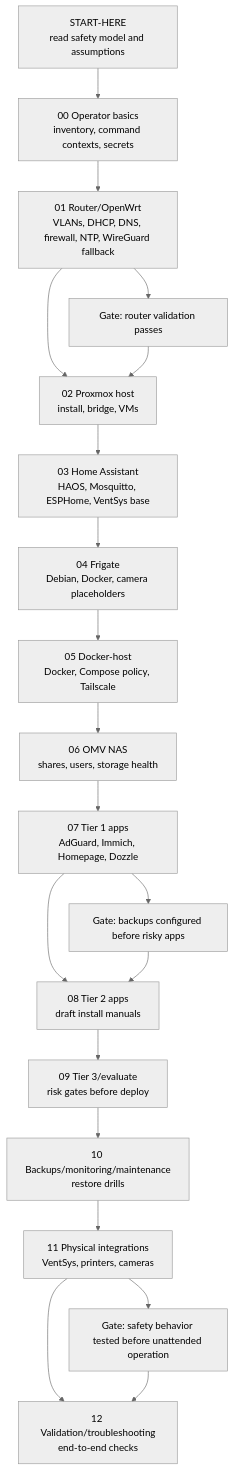
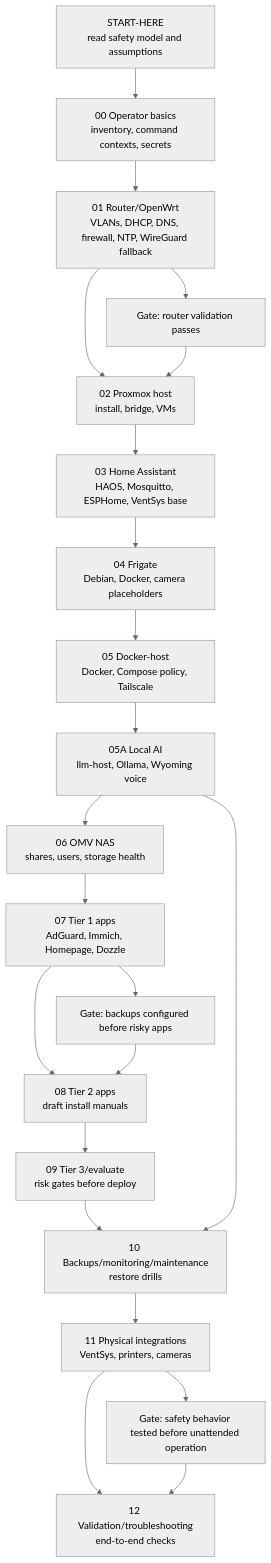
Before and after one commit to Nysplaidame/home-automation-project: the diagram in main/docs/diagrams/install/install-sequence.mermaid, drawn with Mermaid (neutral theme). The commit also changed 36 other files, not shown here.

Commit message:
docs(local-ai): add llm-host plan

```diff
--- a/main/docs/diagrams/install/install-sequence.mermaid
+++ b/main/docs/diagrams/install/install-sequence.mermaid
@@ -1,28 +1,30 @@
 flowchart TB
     Start["START-HERE<br/>read safety model and assumptions"]
     P00["00 Operator basics<br/>inventory, command contexts, secrets"]
     P01["01 Router/OpenWrt<br/>VLANs, DHCP, DNS, firewall, NTP, WireGuard fallback"]
     P02["02 Proxmox host<br/>install, bridge, VMs"]
     P03["03 Home Assistant<br/>HAOS, Mosquitto, ESPHome, VentSys base"]
     P04["04 Frigate<br/>Debian, Docker, camera placeholders"]
     P05["05 Docker-host<br/>Docker, Compose policy, Tailscale"]
+    P05A["05A Local AI<br/>llm-host, Ollama, Wyoming voice"]
     P06["06 OMV NAS<br/>shares, users, storage health"]
     P07["07 Tier 1 apps<br/>AdGuard, Immich, Homepage, Dozzle"]
     P08["08 Tier 2 apps<br/>draft install manuals"]
     P09["09 Tier 3/evaluate<br/>risk gates before deploy"]
     P10["10 Backups/monitoring/maintenance<br/>restore drills"]
     P11["11 Physical integrations<br/>VentSys, printers, cameras"]
     P12["12 Validation/troubleshooting<br/>end-to-end checks"]
 
-    Start --> P00 --> P01 --> P02 --> P03 --> P04 --> P05 --> P06 --> P07 --> P08 --> P09 --> P10 --> P11 --> P12
+    Start --> P00 --> P01 --> P02 --> P03 --> P04 --> P05 --> P05A --> P06 --> P07 --> P08 --> P09 --> P10 --> P11 --> P12
 
     Gate1["Gate: router validation passes"]
     Gate2["Gate: backups configured before risky apps"]
     Gate3["Gate: safety behavior tested before unattended operation"]
 
     P01 --> Gate1
     Gate1 --> P02
+    P05A --> P10
     P07 --> Gate2
     Gate2 --> P08
     P11 --> Gate3
     Gate3 --> P12
```
